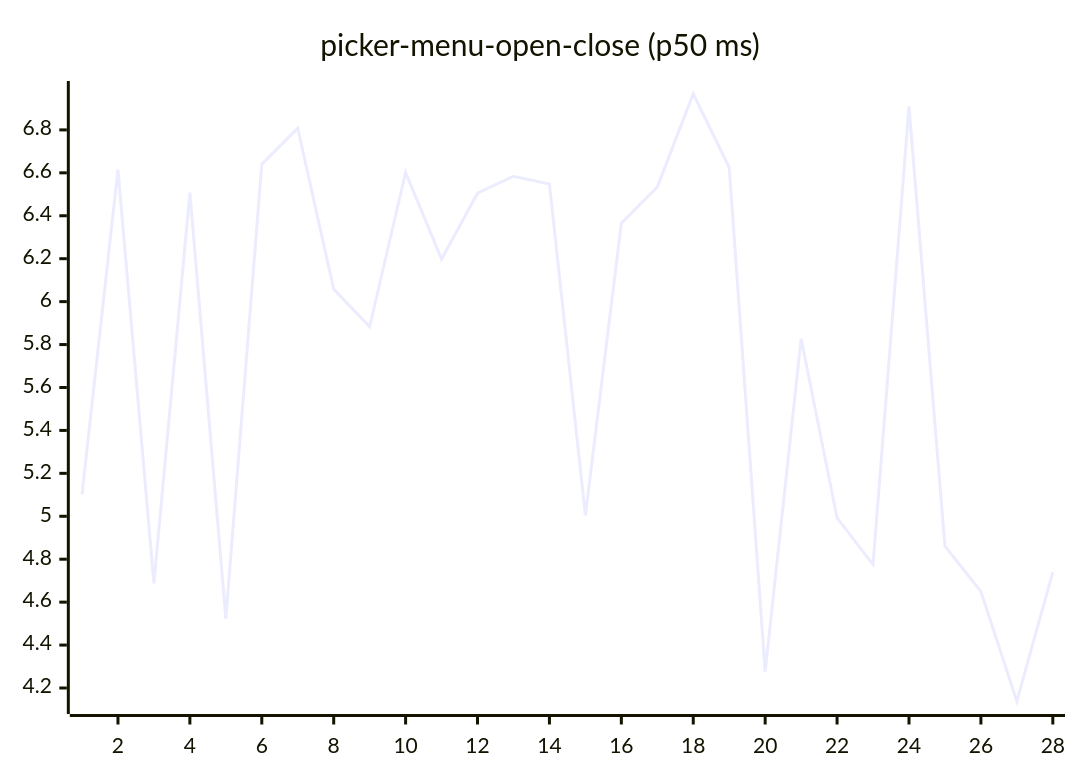
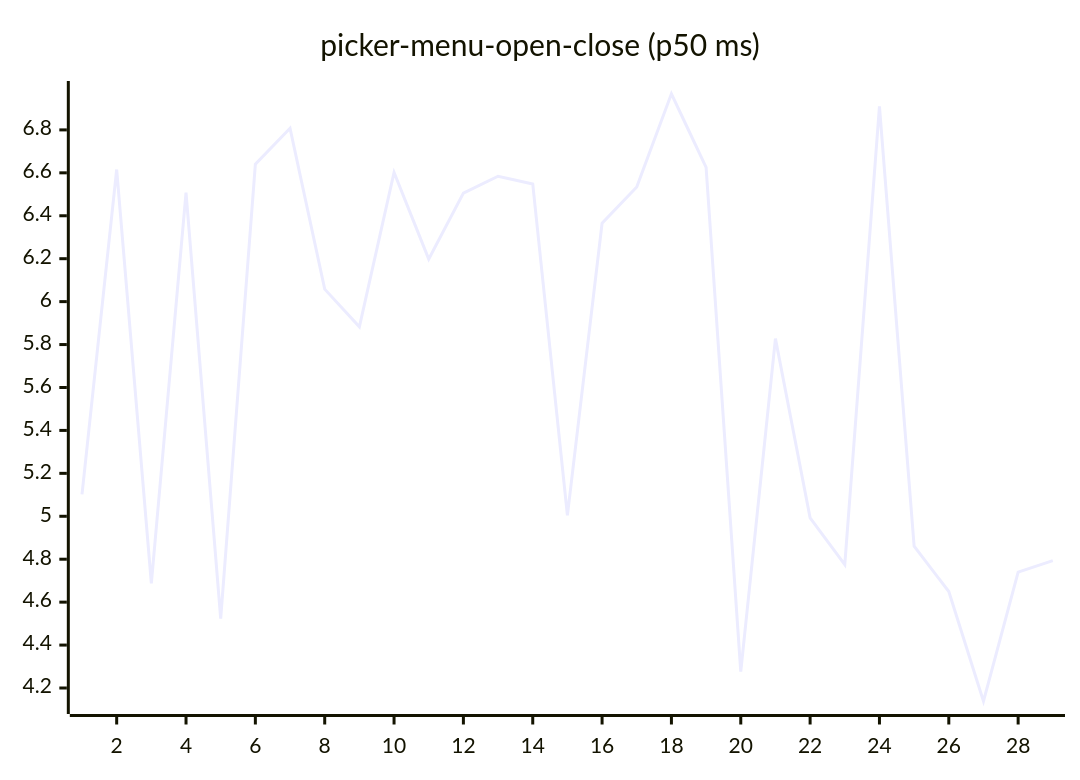
Before and after one commit to josha/Facet: diagram 16 of 27 in README.md, drawn with Mermaid. The commit also changed other lines of this file and 2 other files, not shown here.

````diff
--- a/README.md
+++ b/README.md
@@ -168,6 +168,6 @@
 ```mermaid
 xychart-beta
     title "picker-menu-open-close (p50 ms)"
-    x-axis 1 --> 28
-    line [5.1020, 6.6154, 4.6873, 6.5076, 4.5232, 6.6400, 6.8077, 6.0581, 5.8829, 6.6018, 6.1978, 6.5053, 6.5840, 6.5483, 5.0039, 6.3653, 6.5343, 6.9684, 6.6249, 4.2762, 5.8275, 4.9929, 4.7749, 6.9094, 4.8605, 4.6493, 4.1383, 4.7397]
+    x-axis 1 --> 29
+    line [5.1020, 6.6154, 4.6873, 6.5076, 4.5232, 6.6400, 6.8077, 6.0581, 5.8829, 6.6018, 6.1978, 6.5053, 6.5840, 6.5483, 5.0039, 6.3653, 6.5343, 6.9684, 6.6249, 4.2762, 5.8275, 4.9929, 4.7749, 6.9094, 4.8605, 4.6493, 4.1383, 4.7397, 4.7934]
 ```
````
